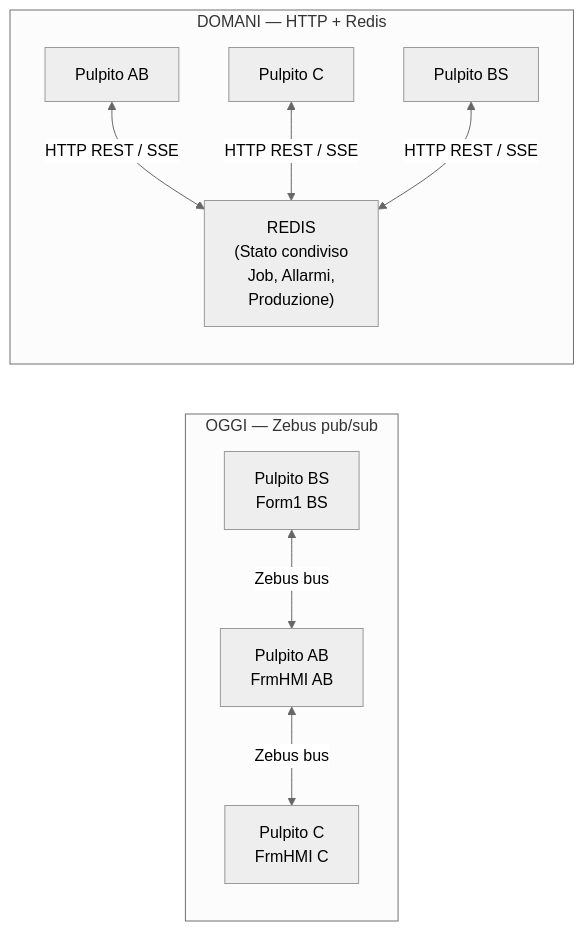
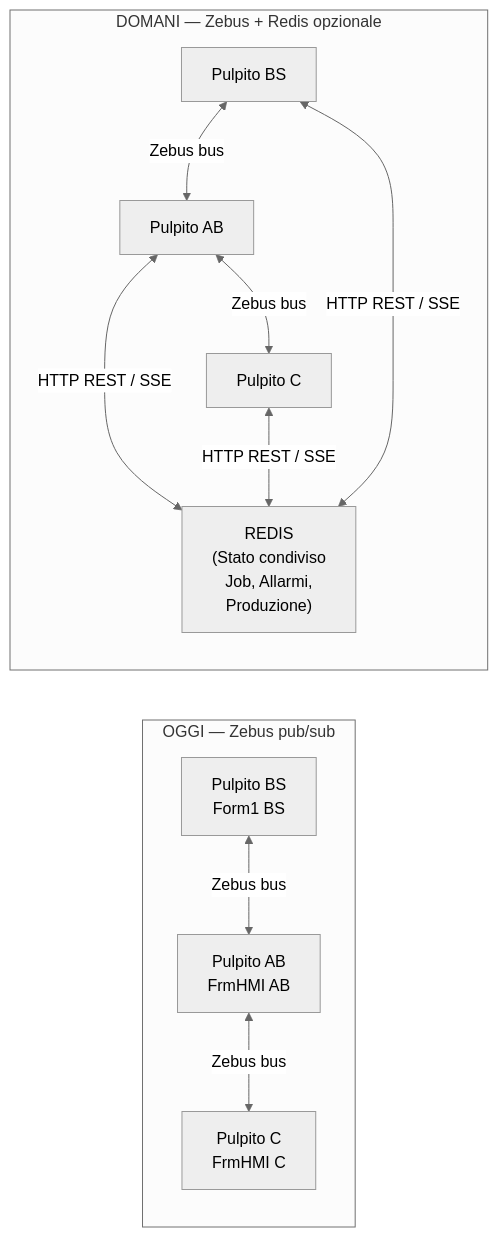
Before and after one commit to marc04AM/pellucida: diagram 32 of 40 in analisi-unificata.md, drawn with Mermaid (neutral theme). The commit also changed other lines of this file and 1 other file, not shown here.

First line of the commit message:
feat: Redis come data layer trasversale + parallelo a Zebus

````diff
--- a/analisi-unificata.md
+++ b/analisi-unificata.md
@@ -4820,13 +5344,15 @@
 ```mermaid
 flowchart LR
     subgraph Oggi["OGGI — Zebus pub/sub"]
         AB1["Pulpito AB<br/>FrmHMI AB"] <-->|Zebus bus| C1["Pulpito C<br/>FrmHMI C"]
         BS1["Pulpito BS<br/>Form1 BS"] <-->|Zebus bus| AB1
     end
 
-    subgraph Domani["DOMANI — HTTP + Redis"]
+    subgraph Domani["DOMANI — Zebus + Redis opzionale"]
         AB2["Pulpito AB"] <-->|HTTP REST / SSE| Redis["REDIS<br/>(Stato condiviso<br/>Job, Allarmi,<br/>Produzione)"]
         C2["Pulpito C"] <-->|HTTP REST / SSE| Redis
         BS2["Pulpito BS"] <-->|HTTP REST / SSE| Redis
+        AB2 <-->|Zebus bus| C2
+        BS2 <-->|Zebus bus| AB2
     end
 ```
````
